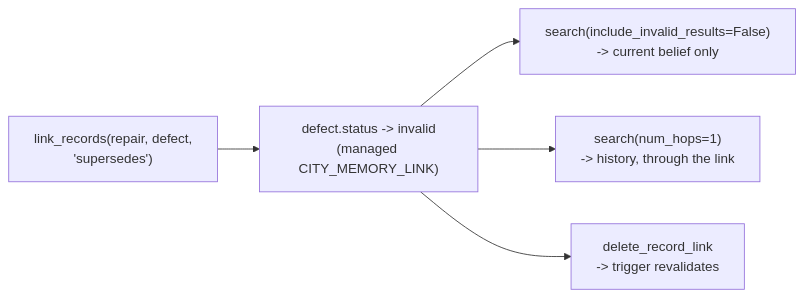
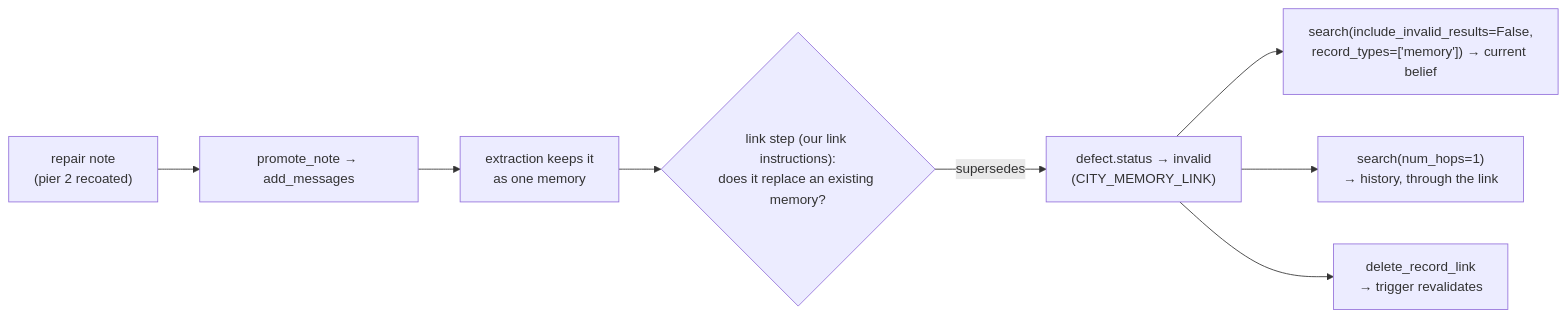
The tenth of 16 diagrams in docs/WALKTHROUGH.md (anantsrivast/cityops-agent-harness), drawn with Mermaid before and after one commit. The commit also changed other lines of this file and 11 other files, not shown here.

````diff
--- a/docs/WALKTHROUGH.md
+++ b/docs/WALKTHROUGH.md
@@ -326,7 +320,10 @@
 ```mermaid
 flowchart LR
-  lk["link_records(repair, defect,<br/>'supersedes')"] --> st["defect.status -> invalid<br/>(managed CITY_MEMORY_LINK)"]
-  st --> q1["search(include_invalid_results=False)<br/>-> current belief only"]
-  st --> q2["search(num_hops=1)<br/>-> history, through the link"]
-  st --> un["delete_record_link<br/>-> trigger revalidates"]
+  rep["repair note<br/>(pier 2 recoated)"] --> pn["promote_note → add_messages"]
+  pn --> ex["extraction keeps it<br/>as one memory"]
+  ex --> lk{"link step (our link instructions):<br/>does it replace an existing memory?"}
+  lk -->|supersedes| st["defect.status → invalid<br/>(CITY_MEMORY_LINK)"]
+  st --> q1["search(include_invalid_results=False,<br/>record_types=['memory']) → current belief"]
+  st --> q2["search(num_hops=1)<br/>→ history, through the link"]
+  st --> un["delete_record_link<br/>→ trigger revalidates"]
 ```
````
